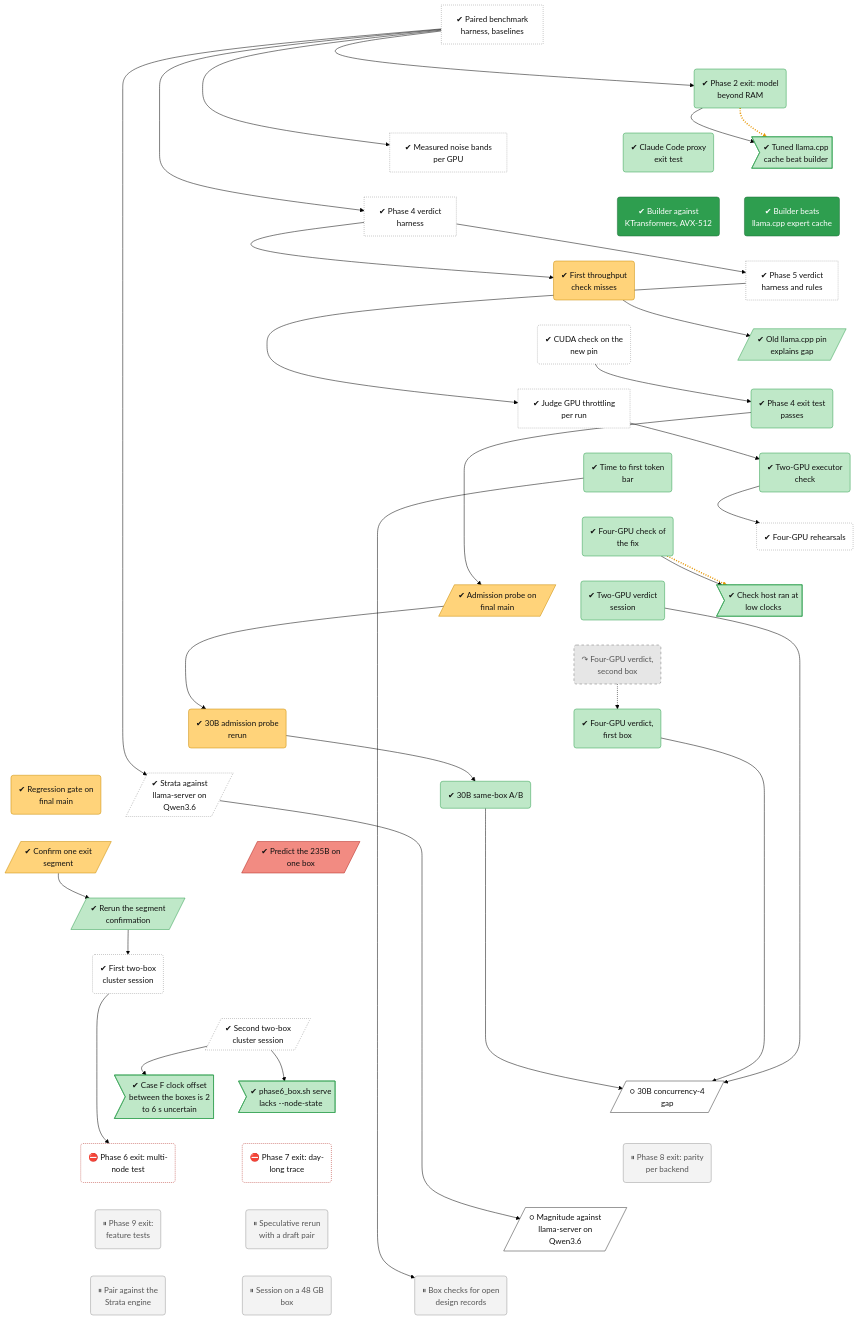
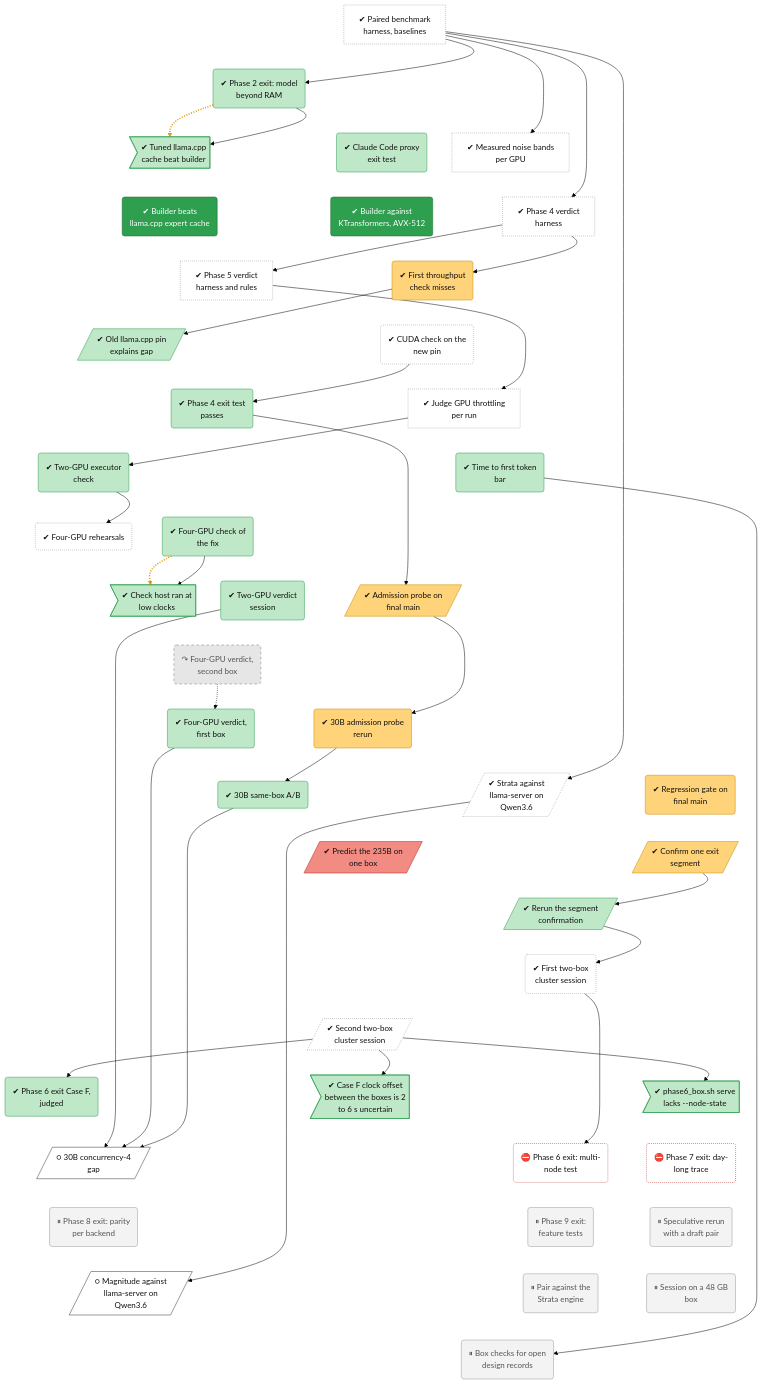
Before and after one commit to lhns/tetraeder: the diagram in docs/roadmap/tracks/bench.md, drawn with Mermaid (forest theme). The commit also changed other lines of this file and 74 other files, not shown here.

Commit message:
Phase 6 exit Case F (ADR 0091), phase6-exit-f-20261125: pass, nine of nine valid trials, worst in-flight error 2.09 s, worst rejoin 3.82 s; Case F has no paired ratio

```diff
--- a/docs/roadmap/tracks/bench.md
+++ b/docs/roadmap/tracks/bench.md
@@ -41,6 +41,7 @@
     bench_235b_segment_confirm_2[/"✔ Rerun the segment<br/>confirmation"/]
     bench_phase6_rehearsal("✔ First two-box<br/>cluster session")
     bench_phase6_rehearsal_2[/"✔ Second two-box<br/>cluster session"/]
+    bench_phase6_exit_f("✔ Phase 6 exit Case F,<br/>judged")
     bench_phase6_clock_offset>"✔ Case F clock offset<br/>between the boxes is 2<br/>to 6 s uncertain"]
     bench_phase6_serve_node_state>"✔ phase6_box.sh serve<br/>lacks --node-state"]
     bench_30b_c4_gap[/"○ 30B concurrency-4<br/>gap"/]
@@ -89,9 +90,10 @@
     bench_235b_segment_confirm ~~~ bench_235b_segment_confirm_2
     bench_235b_segment_confirm_2 ~~~ bench_phase6_rehearsal
     bench_phase6_rehearsal ~~~ bench_phase6_rehearsal_2
+    bench_phase6_rehearsal_2 ~~~ bench_phase6_exit_f
     bench_phase6_rehearsal_2 ~~~ bench_phase6_clock_offset
     bench_phase6_rehearsal_2 ~~~ bench_phase6_serve_node_state
-    bench_phase6_rehearsal_2 ~~~ bench_30b_c4_gap
+    bench_phase6_exit_f ~~~ bench_30b_c4_gap
     bench_phase6_clock_offset ~~~ bench_phase6_exit
     bench_phase6_serve_node_state ~~~ bench_phase7_exit
     bench_30b_c4_gap ~~~ bench_phase8_exit
@@ -101,6 +103,8 @@
     bench_phase9_exit ~~~ bench_strata_pairing
     bench_spec_rerun ~~~ bench_d1_session
     bench_magnitude_q36 ~~~ bench_open_records
+    bench_strata_pairing ~~~ bench_open_records
+    bench_d1_session ~~~ bench_open_records
     bench_harness --> bench_phase2_exit
     bench_phase2_exit -.-> bench_defect_tuned_cache
     bench_phase2_exit --> bench_defect_tuned_cache
@@ -122,6 +126,7 @@
     bench_harness --> bench_strata_q36
     bench_235b_segment_confirm --> bench_235b_segment_confirm_2
     bench_235b_segment_confirm_2 --> bench_phase6_rehearsal
+    bench_phase6_rehearsal_2 --> bench_phase6_exit_f
     bench_phase6_rehearsal_2 --> bench_phase6_clock_offset
     bench_phase6_rehearsal_2 --> bench_phase6_serve_node_state
     bench_v2_verdict --> bench_30b_c4_gap
@@ -130,7 +135,7 @@
     bench_phase6_rehearsal --> bench_phase6_exit
     bench_strata_q36 --> bench_magnitude_q36
     bench_ttft --> bench_open_records
-    linkStyle 49,60 stroke:#e69500,stroke-width:3px,stroke-dasharray:2 3
+    linkStyle 52,63 stroke:#e69500,stroke-width:3px,stroke-dasharray:2 3
     classDef vsucc fill:#2e9e4f,stroke:#1b6b34,color:#fff
     classDef succ fill:#bfe8c8,stroke:#2e9e4f,color:#111
     classDef mixed fill:#ffd37a,stroke:#c98a00,color:#111
@@ -146,7 +151,7 @@
     classDef finding fill:#ffe0b2,stroke:#d84315,stroke-width:2px,color:#111
     classDef waiting fill:#e3f2fd,stroke:#1f6fc5,stroke-dasharray:5 5,color:#111
     class bench_harness,bench_noise_bands,bench_phase4_harness,bench_phase5_harness,bench_pin_confirm,bench_throttle_rules,bench_s3_rehearsal,bench_strata_q36,bench_phase6_rehearsal,bench_phase6_rehearsal_2 unrated
-    class bench_phase2_exit,bench_defect_tuned_cache,bench_phase3b_proxy,bench_pin_ab,bench_phase4_exit,bench_s2_step0,bench_ttft,bench_s3f2,bench_defect_s3f2_clock,bench_v2_verdict,bench_v4a_verdict,bench_ab30b,bench_235b_segment_confirm_2,bench_phase6_clock_offset,bench_phase6_serve_node_state succ
+    class bench_phase2_exit,bench_defect_tuned_cache,bench_phase3b_proxy,bench_pin_ab,bench_phase4_exit,bench_s2_step0,bench_ttft,bench_s3f2,bench_defect_s3f2_clock,bench_v2_verdict,bench_v4a_verdict,bench_ab30b,bench_235b_segment_confirm_2,bench_phase6_exit_f,bench_phase6_clock_offset,bench_phase6_serve_node_state succ
     class bench_m1_point1,bench_m1_point3 vsucc
     class bench_d2a_rerun,bench_d2a_probe,bench_d2a_30b,bench_regression_gate,bench_235b_segment_confirm mixed
     class bench_v4b_verdict dead
```
